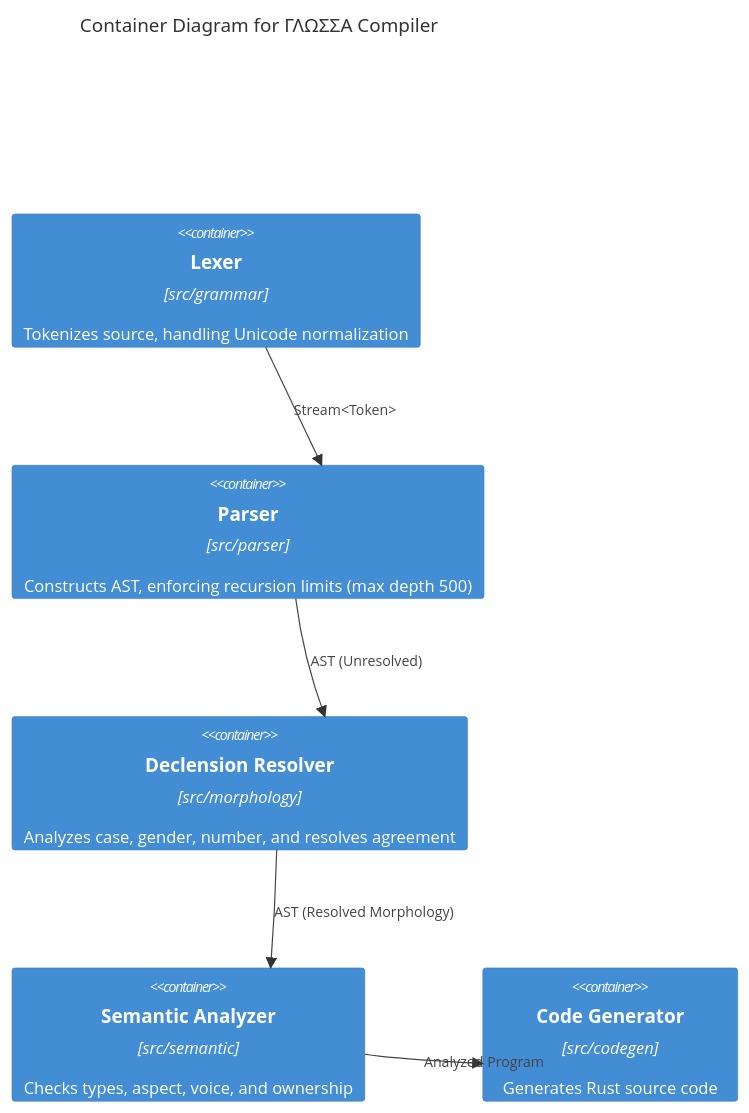
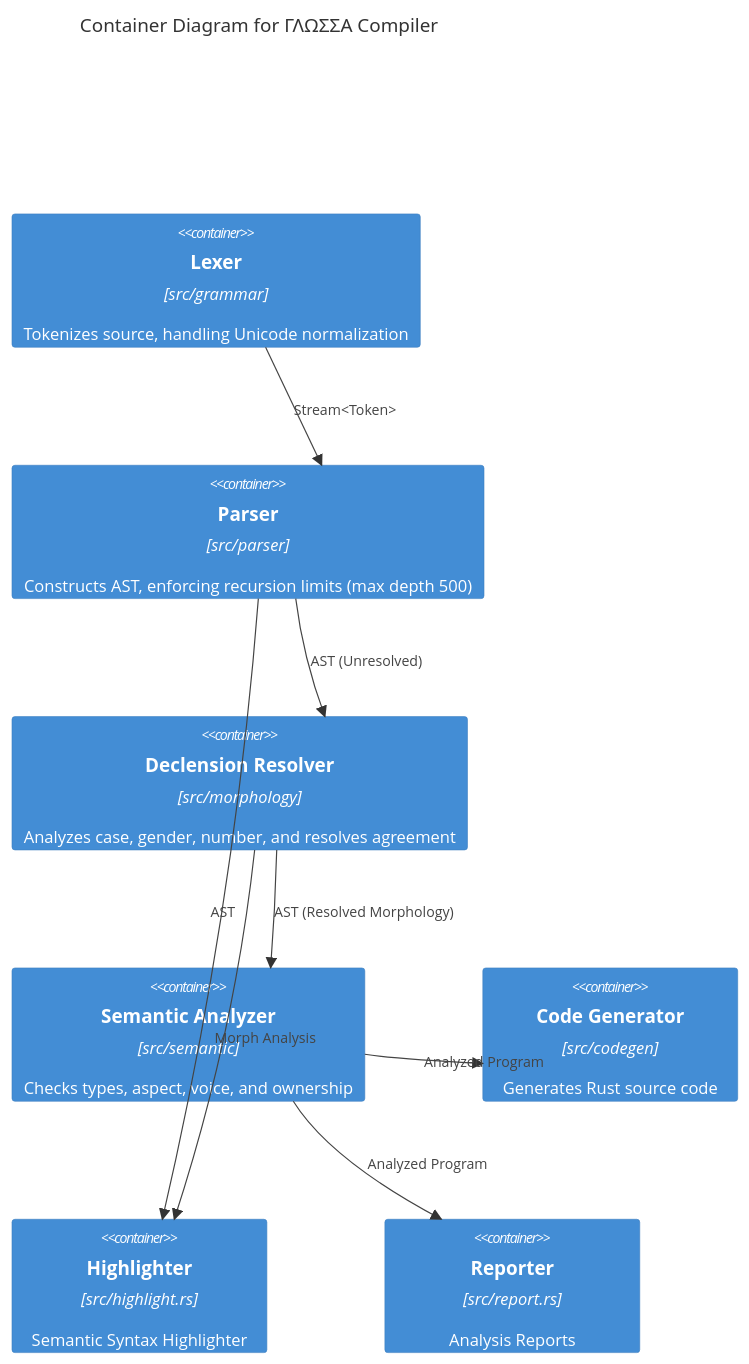
The second of 3 diagrams in docs/architecture.md (madmax983/glossa), drawn with Mermaid before and after one commit. The commit also changed other lines of this file and 11 other files, not shown here.

First line of the commit message:
refactor: Promote Bard, cleanup semantic module, and update architecture docs

````diff
--- a/docs/architecture.md
+++ b/docs/architecture.md
@@ -26,15 +26,20 @@
 ```mermaid
 C4Container
     title Container Diagram for ΓΛΩΣΣΑ Compiler
 
     Container(lexer, "Lexer", "src/grammar", "Tokenizes source, handling Unicode normalization")
     Container(parser, "Parser", "src/parser", "Constructs AST, enforcing recursion limits (max depth 500)")
     Container(morphology, "Declension Resolver", "src/morphology", "Analyzes case, gender, number, and resolves agreement")
     Container(semantic, "Semantic Analyzer", "src/semantic", "Checks types, aspect, voice, and ownership")
     Container(codegen, "Code Generator", "src/codegen", "Generates Rust source code")
+    Container(highlight, "Highlighter", "src/highlight.rs", "Semantic Syntax Highlighter")
+    Container(report, "Reporter", "src/report.rs", "Analysis Reports")
 
     Rel(lexer, parser, "Stream<Token>")
     Rel(parser, morphology, "AST (Unresolved)")
     Rel(morphology, semantic, "AST (Resolved Morphology)")
     Rel(semantic, codegen, "Analyzed Program")
+    Rel(parser, highlight, "AST")
+    Rel(morphology, highlight, "Morph Analysis")
+    Rel(semantic, report, "Analyzed Program")
 ```
````
